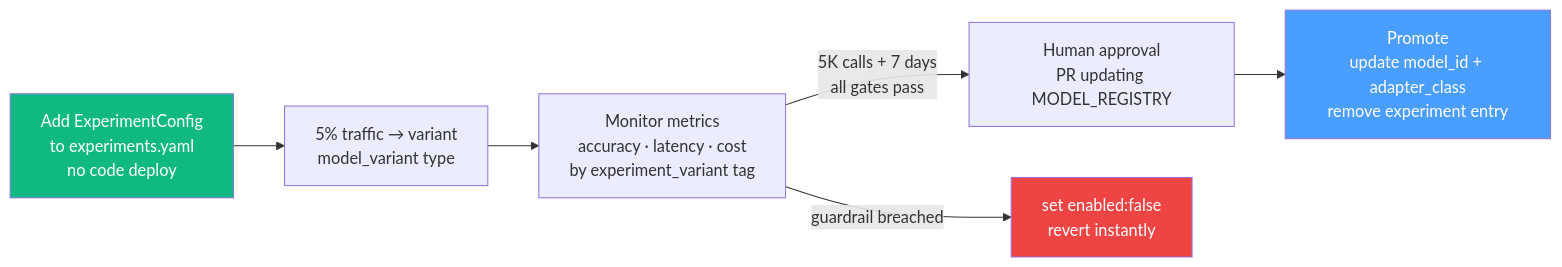
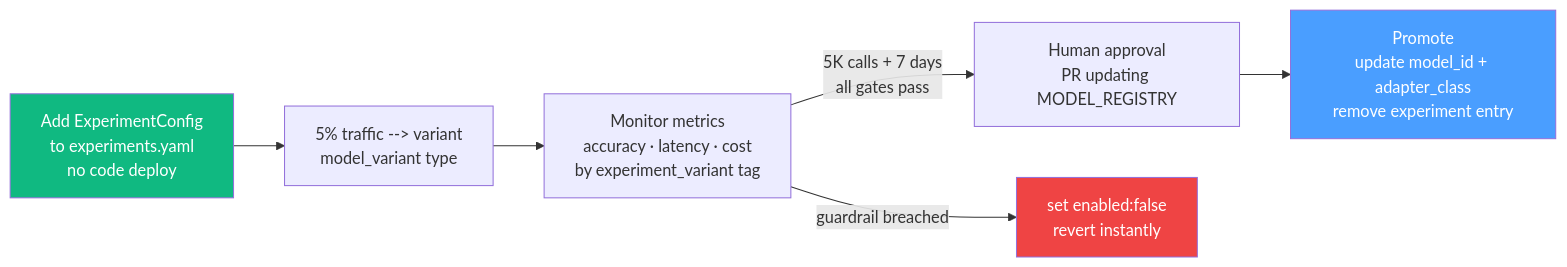
The second of 2 diagrams in docs/models/model-registry.md (sachin-hg/chat-bot), drawn with Mermaid before and after one commit. The commit also changed 15 other files, not shown here.

````diff
--- a/docs/models/model-registry.md
+++ b/docs/models/model-registry.md
@@ -702,12 +702,12 @@
 ```mermaid
 flowchart LR
-    A[Add ExperimentConfig\nto experiments.yaml\nno code deploy] --> B[5% traffic → variant\nmodel_variant type]
+    A[Add ExperimentConfig\nto experiments.yaml\nno code deploy] --> B[5% traffic --> variant\nmodel_variant type]
     B --> C[Monitor metrics\naccuracy · latency · cost\nby experiment_variant tag]
     C -->|5K calls + 7 days\nall gates pass| D[Human approval\nPR updating MODEL_REGISTRY]
     C -->|guardrail breached| E[set enabled:false\nrevert instantly]
     D --> F[Promote\nupdate model_id + adapter_class\nremove experiment entry]
 
     style A fill:#10b981,color:#fff
     style E fill:#ef4444,color:#fff
     style F fill:#4a9eff,color:#fff
 ```
````
